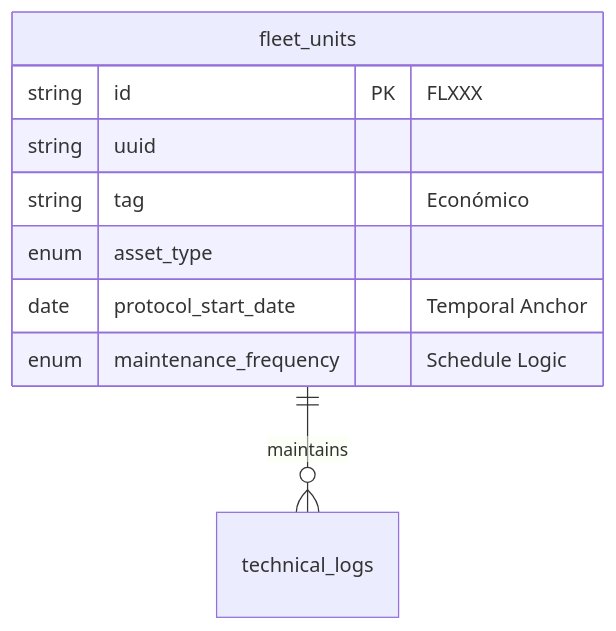
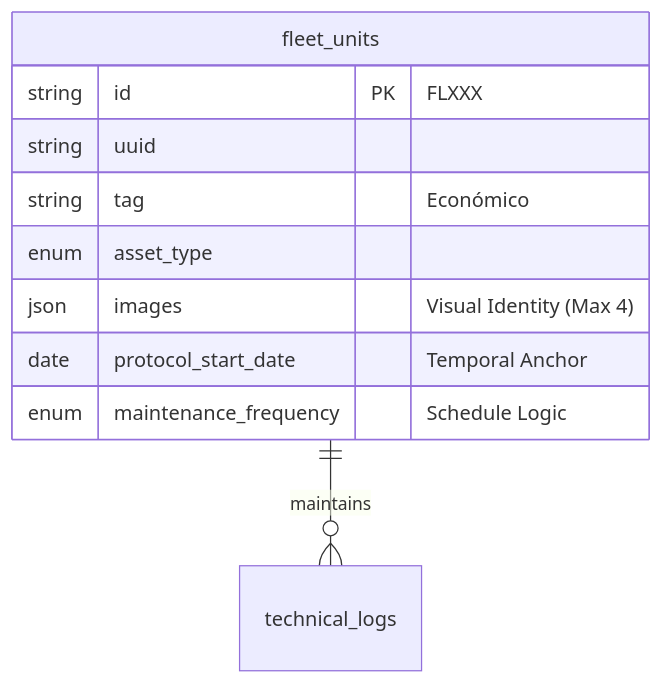
One commit to felipemiramontesr/mantenimiento_piic changed the fourth of 4 diagrams in SYSTEM_ARCHITECTURE.md. Above: the diagram before and after it, drawn with Mermaid. The commit also changed other lines of this file and 5 other files, not shown here.

Commit message:
v.10.0.0: Archon Vision Protocol - Visual Identity & Drag & Drop Integration. Final 100% Zero-Noise state Verified.

````diff
--- a/SYSTEM_ARCHITECTURE.md
+++ b/SYSTEM_ARCHITECTURE.md
@@ -108,12 +108,13 @@
 ```mermaid
 erDiagram
     fleet_units ||--o{ technical_logs : maintains
     fleet_units {
         string id PK "FLXXX"
         string uuid
         string tag "Económico"
         enum asset_type
+        json images "Visual Identity (Max 4)"
         date protocol_start_date "Temporal Anchor"
         enum maintenance_frequency "Schedule Logic"
     }
 ```
````
